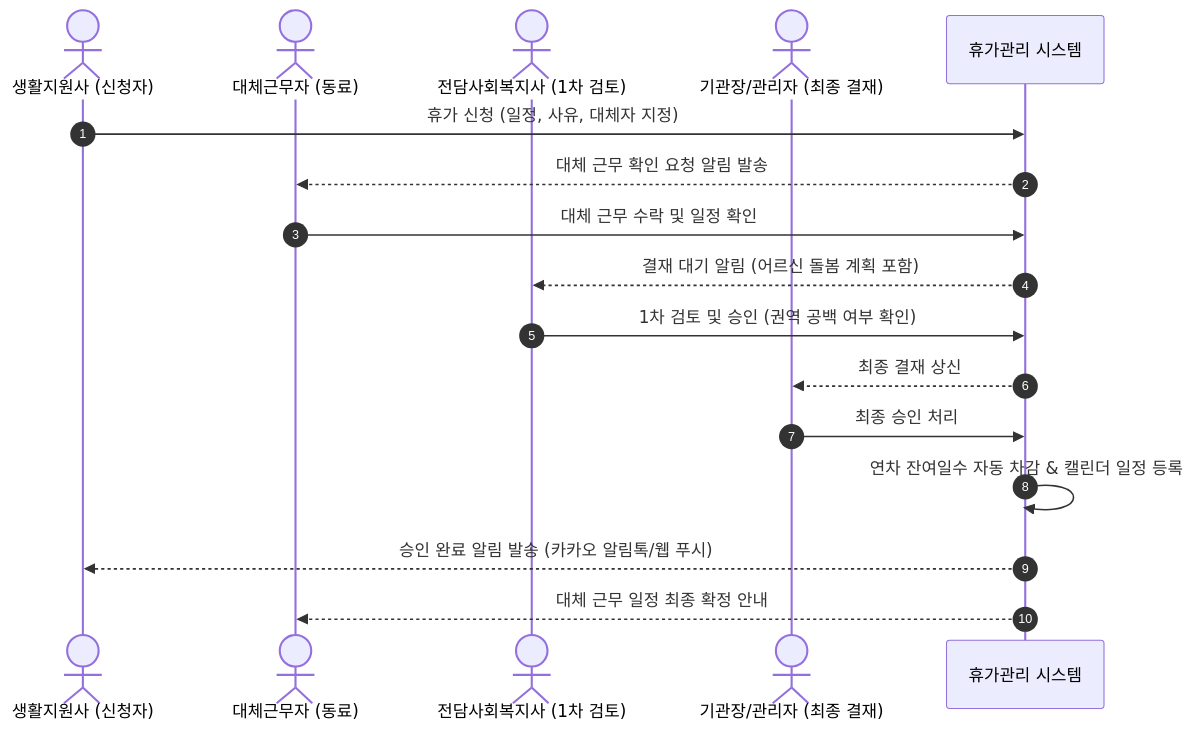
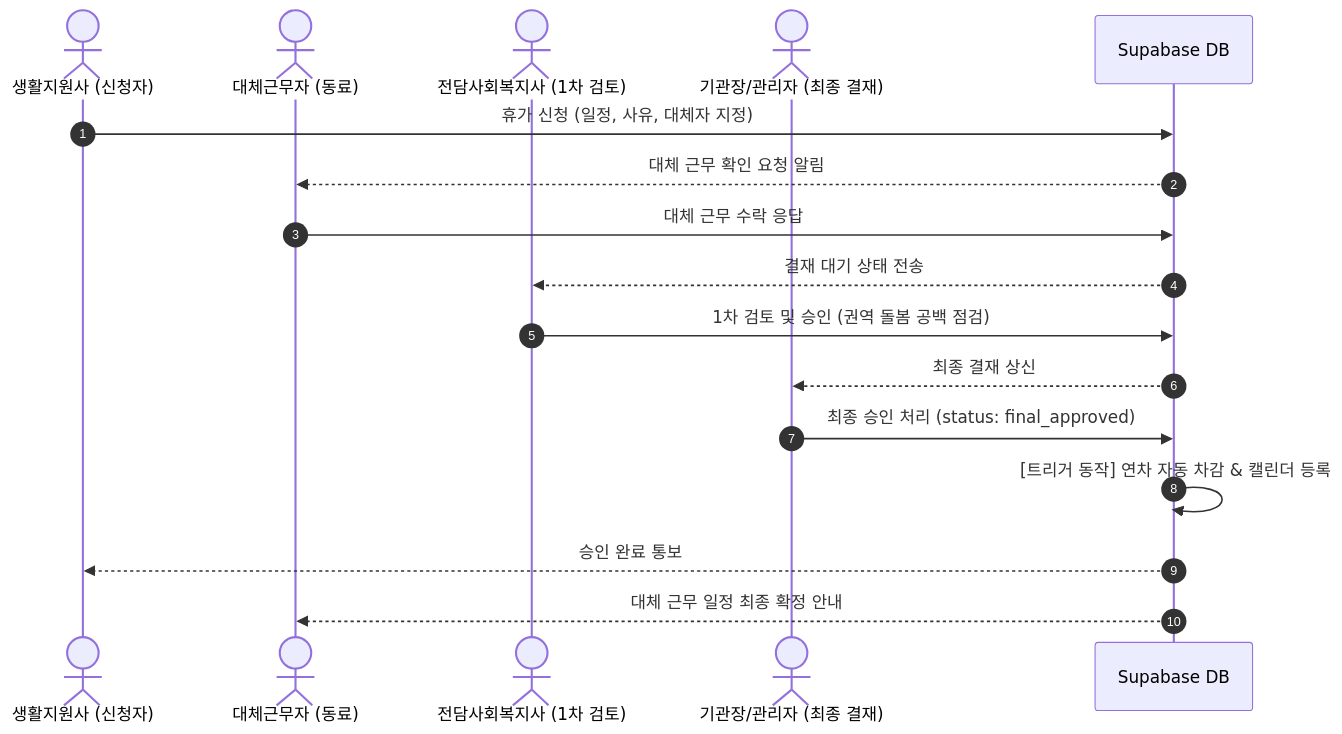
One commit to jinenji5123/-davemimi changed the first of 2 diagrams in README.md. Above: the diagram before and after it, drawn with Mermaid. The commit also changed other lines of this file and 5 other files, not shown here.

Commit message:
feat: Supabase 데이터베이스 연동 구조 구축 (schema.sql, 클라이언트 SDK, 서비스 모듈 및 웹 UI)

````diff
--- a/README.md
+++ b/README.md
@@ -47,20 +46,20 @@
 ```mermaid
 sequenceDiagram
     autonumber
     actor W as 생활지원사 (신청자)
     actor S as 대체근무자 (동료)
     actor M as 전담사회복지사 (1차 검토)
     actor A as 기관장/관리자 (최종 결재)
-    participant Sys as 휴가관리 시스템
+    participant SB as Supabase DB
 
-    W->>Sys: 휴가 신청 (일정, 사유, 대체자 지정)
-    Sys-->>S: 대체 근무 확인 요청 알림 발송
-    S->>Sys: 대체 근무 수락 및 일정 확인
-    Sys-->>M: 결재 대기 알림 (어르신 돌봄 계획 포함)
-    M->>Sys: 1차 검토 및 승인 (권역 공백 여부 확인)
-    Sys-->>A: 최종 결재 상신
-    A->>Sys: 최종 승인 처리
-    Sys->>Sys: 연차 잔여일수 자동 차감 & 캘린더 일정 등록
-    Sys-->>W: 승인 완료 알림 발송 (카카오 알림톡/웹 푸시)
-    Sys-->>S: 대체 근무 일정 최종 확정 안내
+    W->>SB: 휴가 신청 (일정, 사유, 대체자 지정)
+    SB-->>S: 대체 근무 확인 요청 알림
+    S->>SB: 대체 근무 수락 응답
+    SB-->>M: 결재 대기 상태 전송
+    M->>SB: 1차 검토 및 승인 (권역 돌봄 공백 점검)
+    SB-->>A: 최종 결재 상신
+    A->>SB: 최종 승인 처리 (status: final_approved)
+    SB->>SB: [트리거 동작] 연차 자동 차감 & 캘린더 등록
+    SB-->>W: 승인 완료 통보
+    SB-->>S: 대체 근무 일정 최종 확정 안내
 ```
````
